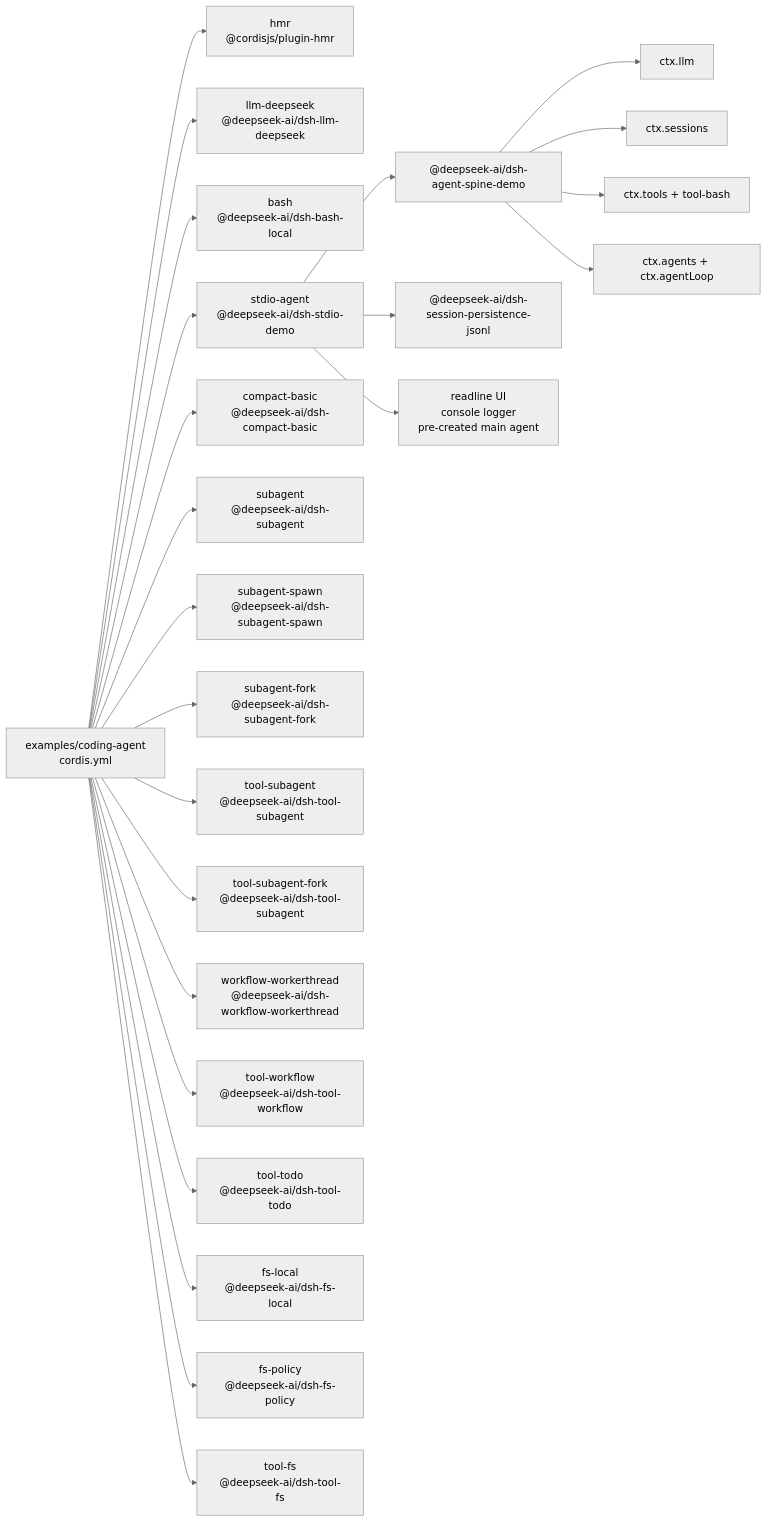
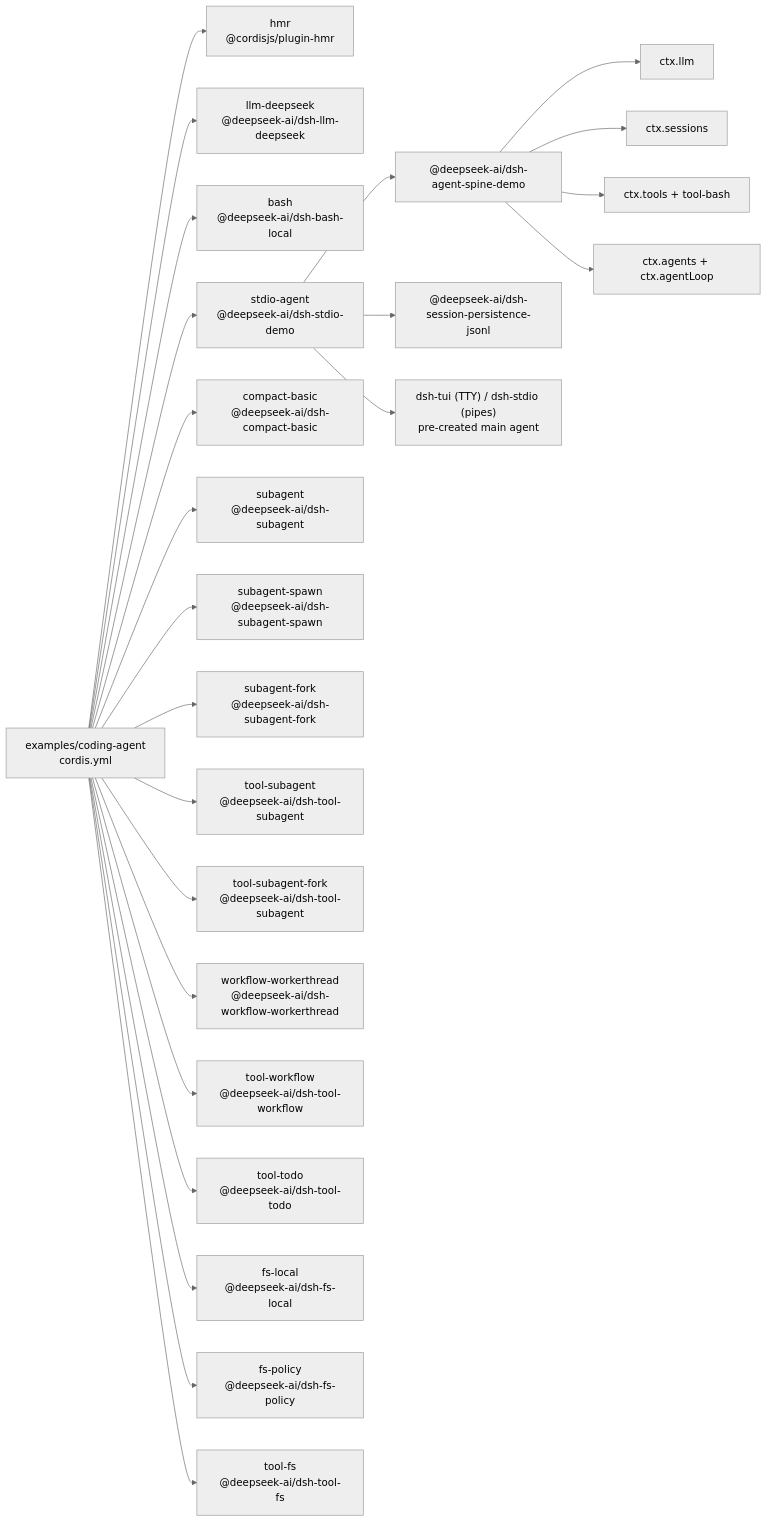
One commit to 007M7/DeepCode changed the diagram in examples/coding-agent/composition.md. Above: the diagram before and after it, drawn with Mermaid (neutral theme). The commit also changed other lines of this file and 48 other files, not shown here.

````diff
--- a/examples/coding-agent/composition.md
+++ b/examples/coding-agent/composition.md
@@ -8,43 +8,43 @@
 ```mermaid
 flowchart LR
   cfg["examples/coding-agent<br/>cordis.yml"]
   plugin_coding_hmr["hmr<br/>@cordisjs/plugin-hmr"]
   cfg --> plugin_coding_hmr
   plugin_coding_llm_deepseek["llm-deepseek<br/>@deepseek-ai/dsh-llm-deepseek"]
   cfg --> plugin_coding_llm_deepseek
   plugin_coding_bash["bash<br/>@deepseek-ai/dsh-bash-local"]
   cfg --> plugin_coding_bash
   plugin_coding_stdio_agent["stdio-agent<br/>@deepseek-ai/dsh-stdio-demo"]
   cfg --> plugin_coding_stdio_agent
   plugin_coding_stdio_agent --> bundle_agent_core["@deepseek-ai/dsh-agent-spine-demo"]
   plugin_coding_stdio_agent --> bundle_jsonl["@deepseek-ai/dsh-session-persistence-jsonl"]
-  plugin_coding_stdio_agent --> frontdoor_stdio["readline UI<br/>console logger<br/>pre-created main agent"]
+  plugin_coding_stdio_agent --> frontdoor_stdio["dsh-tui (TTY) / dsh-stdio (pipes)<br/>pre-created main agent"]
   bundle_agent_core --> spine_llm["ctx.llm"]
   bundle_agent_core --> spine_sessions["ctx.sessions"]
   bundle_agent_core --> spine_tools["ctx.tools + tool-bash"]
   bundle_agent_core --> spine_loop["ctx.agents + ctx.agentLoop"]
   plugin_coding_compact_basic["compact-basic<br/>@deepseek-ai/dsh-compact-basic"]
   cfg --> plugin_coding_compact_basic
   plugin_coding_subagent["subagent<br/>@deepseek-ai/dsh-subagent"]
   cfg --> plugin_coding_subagent
   plugin_coding_subagent_spawn["subagent-spawn<br/>@deepseek-ai/dsh-subagent-spawn"]
   cfg --> plugin_coding_subagent_spawn
   plugin_coding_subagent_fork["subagent-fork<br/>@deepseek-ai/dsh-subagent-fork"]
   cfg --> plugin_coding_subagent_fork
   plugin_coding_tool_subagent["tool-subagent<br/>@deepseek-ai/dsh-tool-subagent"]
   cfg --> plugin_coding_tool_subagent
   plugin_coding_tool_subagent_fork["tool-subagent-fork<br/>@deepseek-ai/dsh-tool-subagent"]
   cfg --> plugin_coding_tool_subagent_fork
   plugin_coding_workflow_workerthread["workflow-workerthread<br/>@deepseek-ai/dsh-workflow-workerthread"]
   cfg --> plugin_coding_workflow_workerthread
   plugin_coding_tool_workflow["tool-workflow<br/>@deepseek-ai/dsh-tool-workflow"]
   cfg --> plugin_coding_tool_workflow
   plugin_coding_tool_todo["tool-todo<br/>@deepseek-ai/dsh-tool-todo"]
   cfg --> plugin_coding_tool_todo
   plugin_coding_fs_local["fs-local<br/>@deepseek-ai/dsh-fs-local"]
   cfg --> plugin_coding_fs_local
   plugin_coding_fs_policy["fs-policy<br/>@deepseek-ai/dsh-fs-policy"]
   cfg --> plugin_coding_fs_policy
   plugin_coding_tool_fs["tool-fs<br/>@deepseek-ai/dsh-tool-fs"]
   cfg --> plugin_coding_tool_fs
 ```
````
